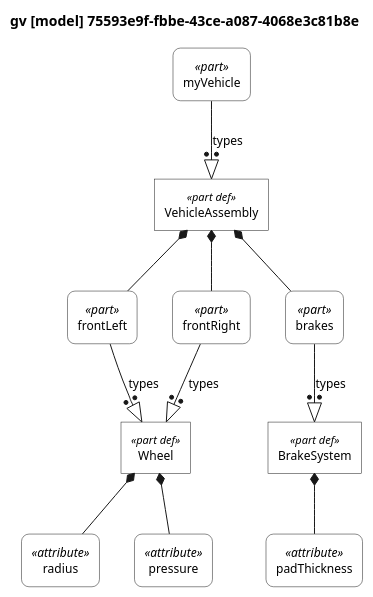
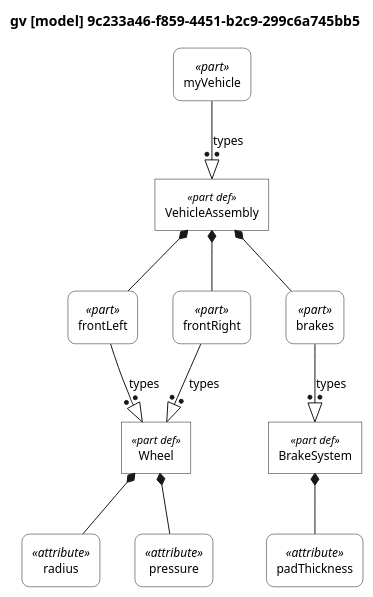
Before and after one commit to mycr0ft/sysml2py: the diagram in docs/plantuml-examples/03-vehicle-structure.puml, drawn with PlantUML. The commit also changed 32 other files, not shown here.

First line of the commit message:
boxes afv: control nodes with true decision diamonds (diagramboxes 0.5.0)

```diff
--- a/docs/plantuml-examples/03-vehicle-structure.puml
+++ b/docs/plantuml-examples/03-vehicle-structure.puml
@@ -1,129 +1,129 @@
 @startuml
 
 skinparam monochrome true
 skinparam wrapWidth 300
 skinparam defaultFontSize 12
 skinparam defaultFontName Helvetica
 
 ' Definitions: sharp corners, plain background
 skinparam rectangle<<part def>> {
     RoundCorner 0
     BackgroundColor white
     StereotypeFontSize 11
 }
 skinparam rectangle<<item def>> {
     RoundCorner 0
     BackgroundColor white
 }
 skinparam rectangle<<attribute def>> {
     RoundCorner 0
     BackgroundColor white
 }
 skinparam rectangle<<port def>> {
     RoundCorner 0
     BackgroundColor white
 }
 skinparam rectangle<<action def>> {
     RoundCorner 0
     BackgroundColor white
 }
 skinparam rectangle<<state def>> {
     RoundCorner 0
     BackgroundColor white
 }
 skinparam rectangle<<requirement def>> {
     RoundCorner 0
     BackgroundColor white
 }
 skinparam rectangle<<view def>> {
     RoundCorner 0
     BackgroundColor white
 }
 skinparam rectangle<<viewpoint def>> {
     RoundCorner 0
     BackgroundColor white
 }
 skinparam rectangle<<enumeration def>> {
     RoundCorner 0
     BackgroundColor white
 }
 
 ' Usages: rounded corners, plain background
 skinparam rectangle<<part>> {
     RoundCorner 15
     BackgroundColor white
 }
 skinparam rectangle<<item>> {
     RoundCorner 15
     BackgroundColor white
 }
 skinparam rectangle<<attribute>> {
     RoundCorner 15
     BackgroundColor white
 }
 skinparam rectangle<<port>> {
     RoundCorner 15
     BackgroundColor white
 }
 skinparam rectangle<<action>> {
     RoundCorner 15
     BackgroundColor white
 }
 skinparam rectangle<<state>> {
     RoundCorner 15
     BackgroundColor white
 }
 skinparam rectangle<<requirement>> {
     RoundCorner 15
     BackgroundColor white
 }
 skinparam rectangle<<view>> {
     RoundCorner 15
     BackgroundColor white
 }
 skinparam rectangle<<viewpoint>> {
     RoundCorner 15
     BackgroundColor white
 }
 skinparam rectangle<<enumeration>> {
     RoundCorner 15
     BackgroundColor white
 }
 
 ' Views as folders
 skinparam folder<<view def>> {
     BackgroundColor white
 }
 skinparam folder<<view>> {
     BackgroundColor white
 }
 
 top to bottom direction
 
-title gv [model] 75593e9f-fbbe-43ce-a087-4068e3c81b8e
+title gv [model] 9c233a46-f859-4451-b2c9-299c6a745bb5
 
 hide circle
 
 rectangle "Wheel" as E1 <<part def>>
 rectangle "radius" as E2 <<attribute>>
 rectangle "pressure" as E4 <<attribute>>
 rectangle "BrakeSystem" as E6 <<part def>>
 rectangle "padThickness" as E7 <<attribute>>
 rectangle "VehicleAssembly" as E9 <<part def>>
 rectangle "frontLeft" as E10 <<part>>
 rectangle "frontRight" as E11 <<part>>
 rectangle "brakes" as E12 <<part>>
 rectangle "myVehicle" as E13 <<part>>
 
 E1 *-- E2
 E1 *-- E4
 E6 *-- E7
 E9 *-- E10
 E10 --:|> E1 : types
 E9 *-- E11
 E11 --:|> E1 : types
 E9 *-- E12
 E12 --:|> E6 : types
 E13 --:|> E9 : types
 
 @enduml
```
